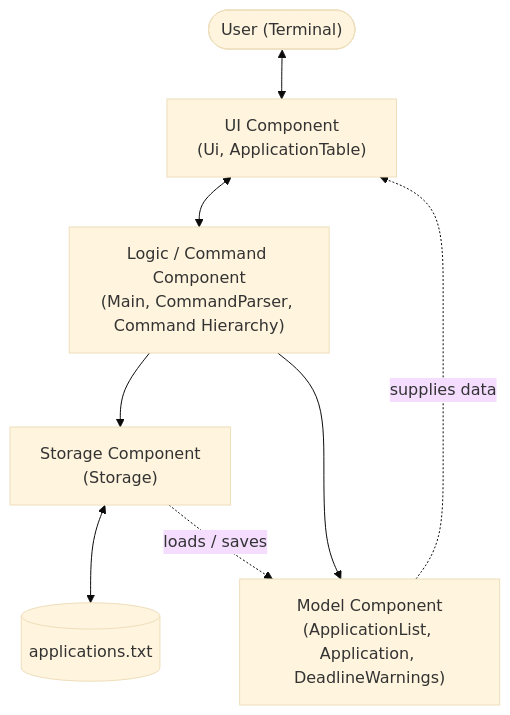
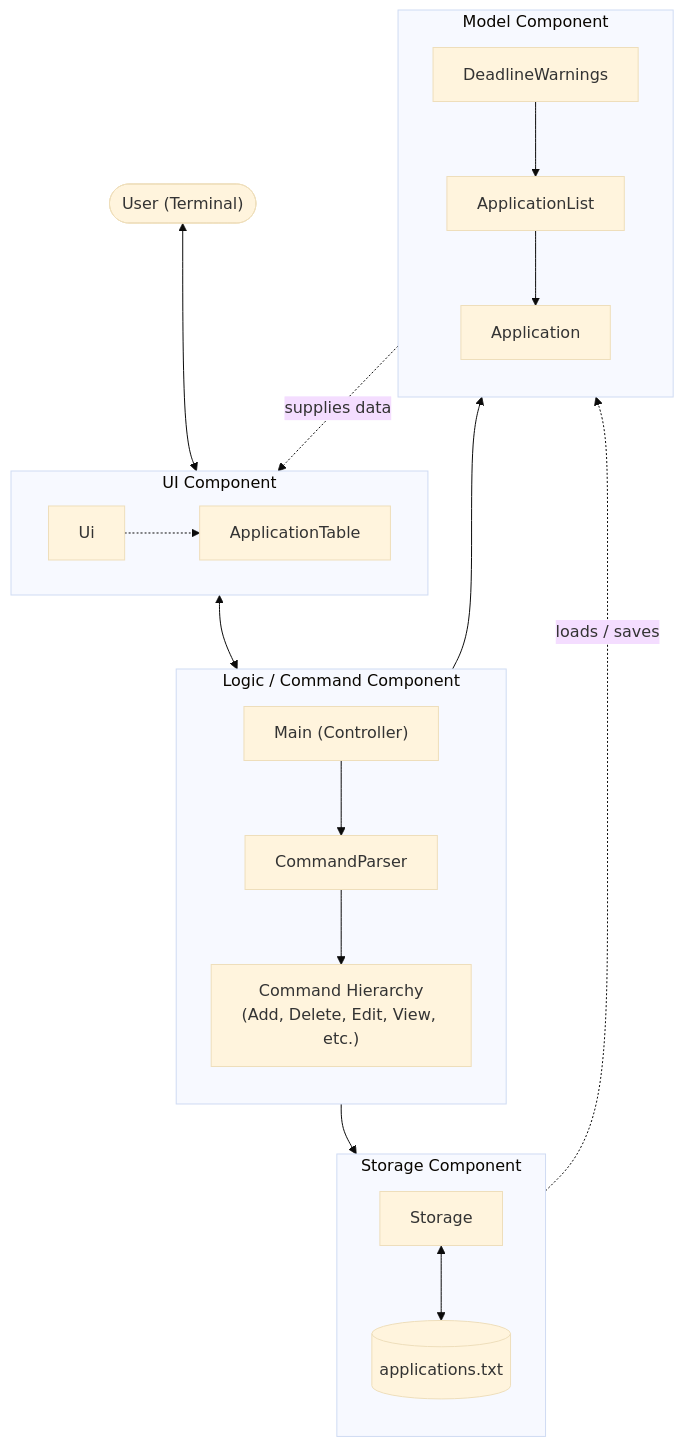
One commit to AY2627S1-CS2113-T10-2/tp changed the first of 27 diagrams in docs/DeveloperGuide.md. Above: the diagram before and after it, drawn with Mermaid (base theme). The commit also changed 1 other file, not shown here.

Commit message:
docs: redesign Architecture Overview diagram and update Siew Hean PPP
- Redesign Architecture Overview diagram in DeveloperGuide.md with structured component subgraphs, eliminating node label truncation and crossing lines.
- Update docs/team/siewhean.md following AB3 PPP specifications: add Milestone 2 release management, optional portal link/email/notes enhancement, and comprehensive contribution summaries across UG, DG, team tasks, and review mentoring.

````diff
--- a/docs/DeveloperGuide.md
+++ b/docs/DeveloperGuide.md
@@ -28,17 +28,43 @@
 ```mermaid
 flowchart TB
     User(["User (Terminal)"])
-    UI["UI Component<br/>(Ui, ApplicationTable)"]
-    Logic["Logic / Command Component<br/>(Main, CommandParser, Command Hierarchy)"]
-    Storage["Storage Component<br/>(Storage)"]
-    Model["Model Component<br/>(ApplicationList, Application, DeadlineWarnings)"]
-    File[("applications.txt")]
+
+    subgraph UI["UI Component"]
+        direction LR
+        Ui["Ui"]
+        Table["ApplicationTable"]
+        Ui -.-> Table
+    end
+
+    subgraph Logic["Logic / Command Component"]
+        direction TB
+        Main["Main (Controller)"]
+        Parser["CommandParser"]
+        Commands["Command Hierarchy<br/>(Add, Delete, Edit, View, etc.)"]
+        Main --> Parser
+        Parser --> Commands
+    end
+
+    subgraph Storage["Storage Component"]
+        direction TB
+        StorageClass["Storage"]
+        File[("applications.txt")]
+        StorageClass <--> File
+    end
+
+    subgraph Model["Model Component"]
+        direction TB
+        Warnings["DeadlineWarnings"]
+        AppList["ApplicationList"]
+        App["Application"]
+        Warnings --> AppList
+        AppList --> App
+    end
 
     User <--> UI
     UI <--> Logic
     Logic --> Storage
     Logic --> Model
-    Storage <--> File
     Storage -.->|loads / saves| Model
     Model -.->|supplies data| UI
 ```
````
